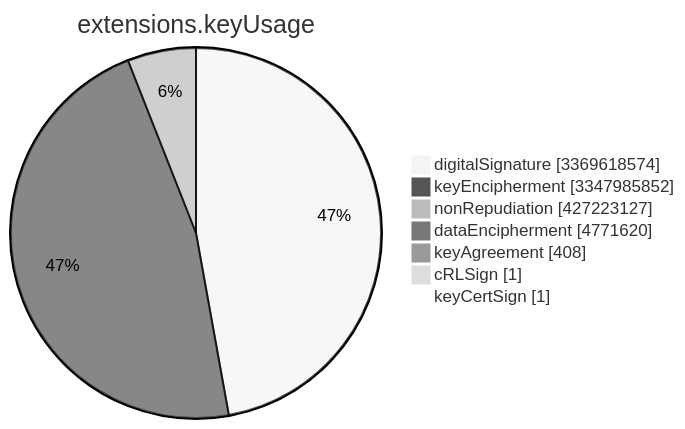
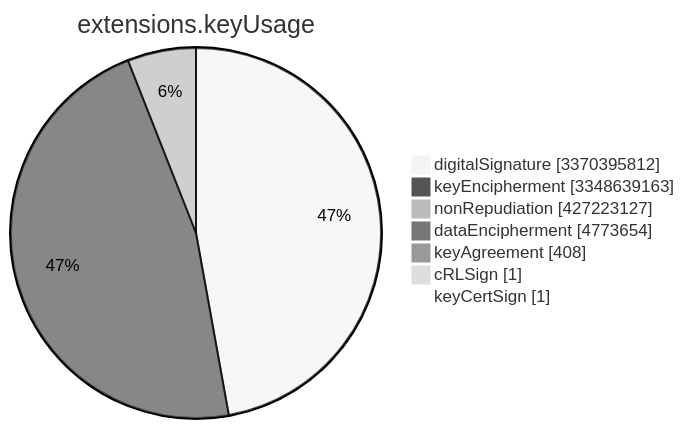
The sixth of 15 diagrams in TOTAL/README.md (christiankrug/ctmonitor_visualization), drawn with Mermaid (neutral theme) before and after one commit. The commit also changed other lines of this file, not shown here.

````diff
--- a/TOTAL/README.md
+++ b/TOTAL/README.md
@@ -3079,11 +3079,11 @@
 ```mermaid
 pie showData
 title extensions.keyUsage
-"digitalSignature" :3369618574
-"keyEncipherment" :3347985852
+"digitalSignature" :3370395812
+"keyEncipherment" :3348639163
 "nonRepudiation" :427223127
-"dataEncipherment" :4771620
+"dataEncipherment" :4773654
 "keyAgreement" :408
 "cRLSign" :1
 "keyCertSign" :1
 ```
````
